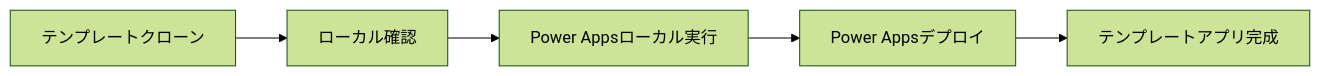
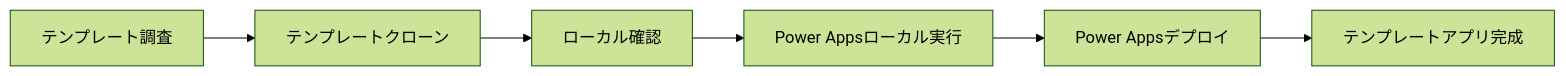
Before and after one commit to PLUG365/DecisionFlow: the third of 6 diagrams in README.md, drawn with Mermaid (forest theme). The commit also changed other lines of this file and 1 other file, not shown here.

````diff
--- a/README.md
+++ b/README.md
@@ -171,7 +210,8 @@
 ```mermaid
 graph LR
-    A[テンプレートクローン] --> B[ローカル確認]
-    B --> C[Power Appsローカル実行]
-    C --> D[Power Appsデプロイ]
-    D --> E[テンプレートアプリ完成]
+    A[テンプレート調査] --> B[テンプレートクローン]
+    B --> C[ローカル確認]
+    C --> D[Power Appsローカル実行]
+    D --> E[Power Appsデプロイ]
+    E --> F[テンプレートアプリ完成]
 ```
````
